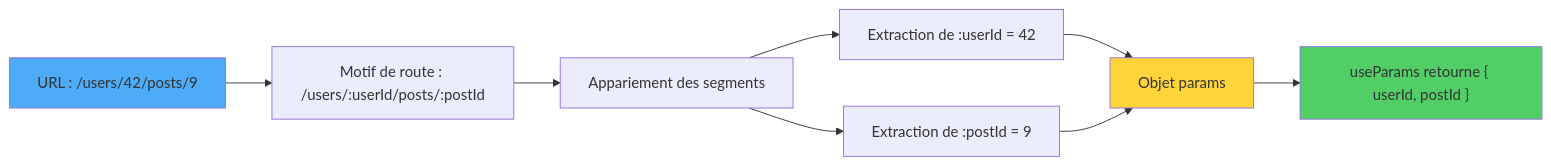
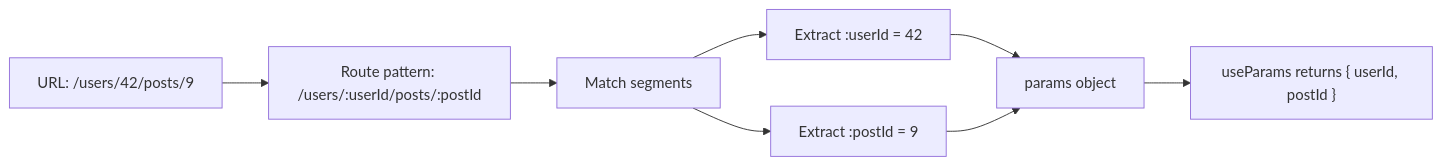
The second of 6 diagrams in arguments/chapters/fr/05-routing.md (BabaScience/react-guides), drawn with Mermaid before and after one commit. The commit also changed other lines of this file and 29 other files, not shown here.

First line of the commit message:
Bring React FR/IT translations to full English parity + theme-safe diagrams

````diff
--- a/arguments/chapters/fr/05-routing.md
+++ b/arguments/chapters/fr/05-routing.md
@@ -92,14 +461,11 @@
 ```mermaid
 flowchart LR
-    A["URL : /users/42/posts/9"] --> B["Motif de route : /users/:userId/posts/:postId"]
-    B --> C["Appariement des segments"]
-    C --> D["Extraction de :userId = 42"]
-    C --> E["Extraction de :postId = 9"]
-    D --> F["Objet params"]
+    A["URL: /users/42/posts/9"] --> B["Route pattern: /users/:userId/posts/:postId"]
+    B --> C["Match segments"]
+    C --> D["Extract :userId = 42"]
+    C --> E["Extract :postId = 9"]
+    D --> F["params object"]
     E --> F
-    F --> G["useParams retourne { userId, postId }"]
+    F --> G["useParams returns { userId, postId }"]
 
-    style A fill:#4dabf7
-    style F fill:#ffd43b
-    style G fill:#51cf66
 ```
````
